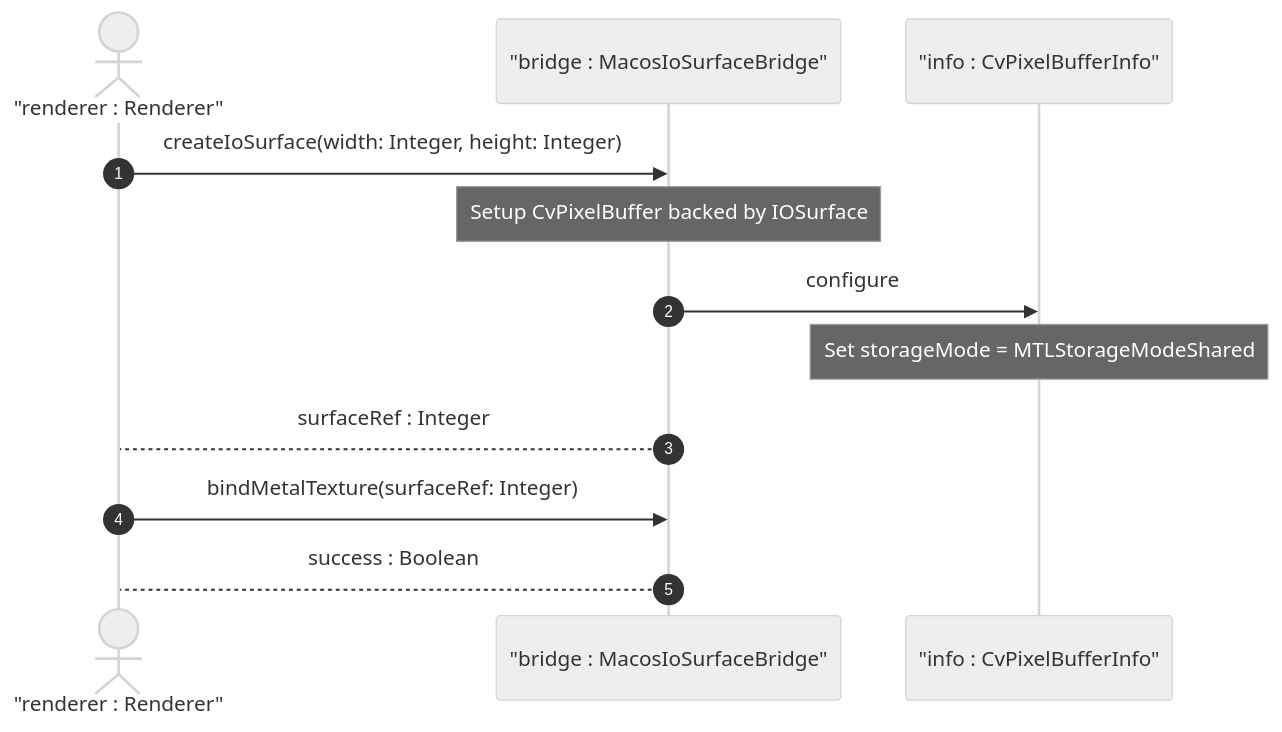
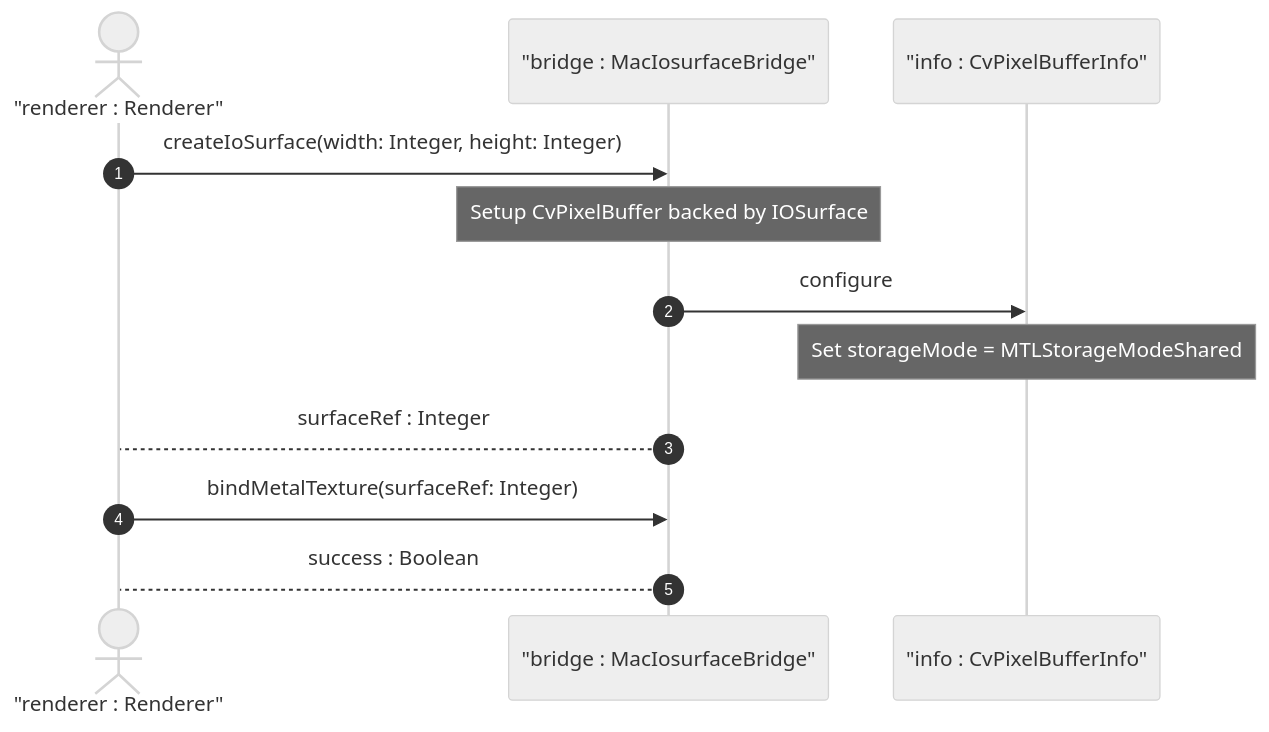
One commit to gintatkinson/3dgs-phoenix changed the diagram in docs/user-stories/us-48-1-metal-vram-sharing.md. Above: the diagram before and after it, drawn with Mermaid (neutral theme). The commit also changed other lines of this file and 6 other files, not shown here.

Commit message:
docs: resolve UML compliance violations for features 45-50

````diff
--- a/docs/user-stories/us-48-1-metal-vram-sharing.md
+++ b/docs/user-stories/us-48-1-metal-vram-sharing.md
@@ -24,15 +24,15 @@
 ```mermaid
 sequenceDiagram
     autonumber
     actor renderer as "renderer : Renderer"
-    participant bridge as "bridge : MacosIoSurfaceBridge"
+    participant bridge as "bridge : MacIosurfaceBridge"
     participant info as "info : CvPixelBufferInfo"
 
     renderer->>bridge: createIoSurface(width: Integer, height: Integer)
     Note over bridge: Setup CvPixelBuffer backed by IOSurface
     bridge->>info: configure
     Note over info: Set storageMode = MTLStorageModeShared
     bridge-->renderer: surfaceRef : Integer
     renderer->>bridge: bindMetalTexture(surfaceRef: Integer)
     bridge-->renderer: success : Boolean
 ```
````
